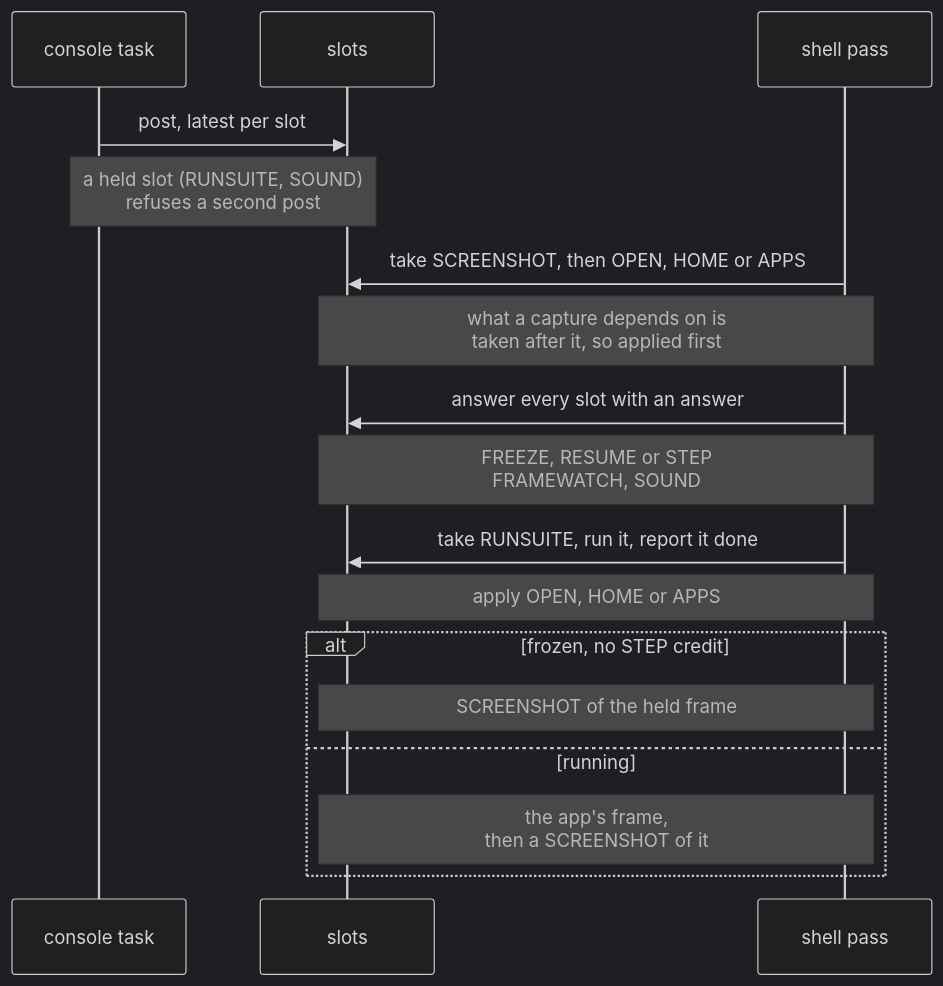
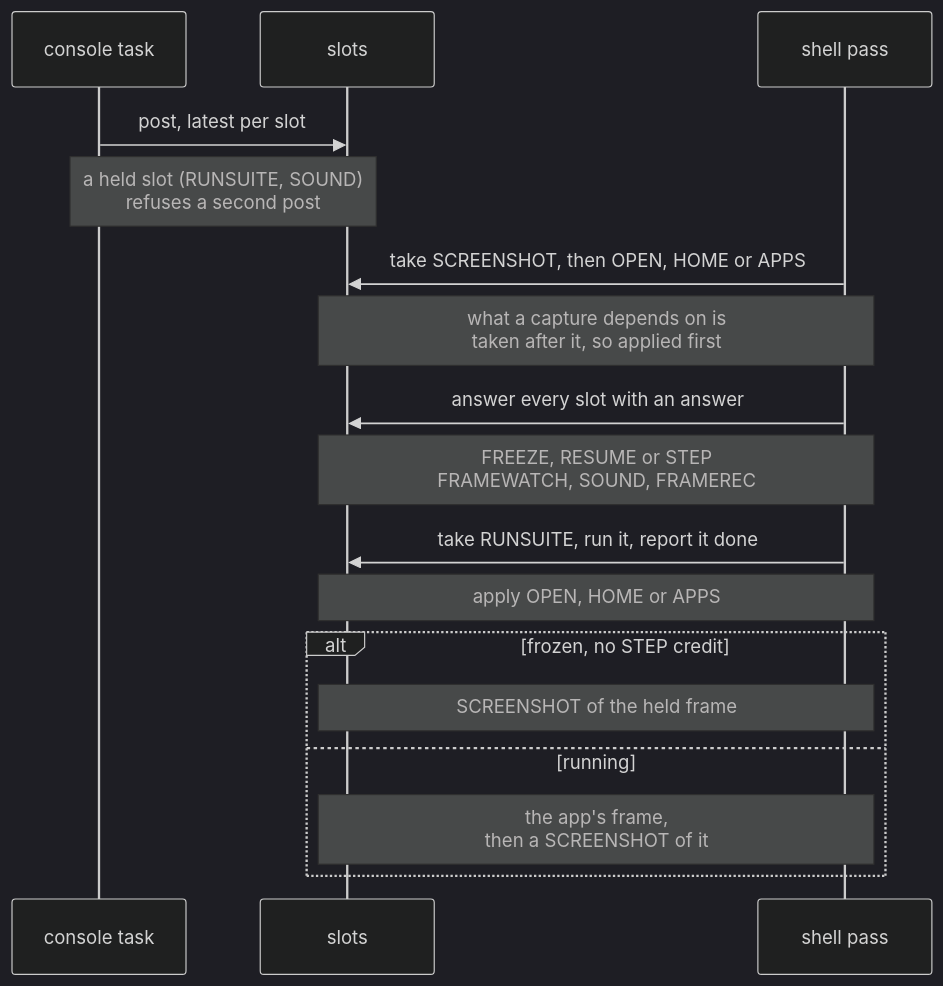
One commit to jose-villegas/autana changed the second of 2 diagrams in docs/firmware/Frame-Loop.md. Above: the diagram before and after it, drawn with Mermaid (dark theme). The commit also changed other lines of this file and 4 other files, not shown here.

````diff
--- a/docs/firmware/Frame-Loop.md
+++ b/docs/firmware/Frame-Loop.md
@@ -49,19 +49,19 @@
 ```mermaid
 sequenceDiagram
     participant Console as console task
     participant Slot as slots
     participant Shell as shell pass
     Console->>Slot: post, latest per slot
     Note over Console,Slot: a held slot (RUNSUITE, SOUND)<br/>refuses a second post
     Shell->>Slot: take SCREENSHOT, then OPEN, HOME or APPS
     Note over Slot,Shell: what a capture depends on is<br/>taken after it, so applied first
     Shell->>Slot: answer every slot with an answer
-    Note over Slot,Shell: FREEZE, RESUME or STEP<br/>FRAMEWATCH, SOUND
+    Note over Slot,Shell: FREEZE, RESUME or STEP<br/>FRAMEWATCH, SOUND, FRAMEREC
     Shell->>Slot: take RUNSUITE, run it, report it done
     Note over Slot,Shell: apply OPEN, HOME or APPS
     alt frozen, no STEP credit
         Note over Slot,Shell: SCREENSHOT of the held frame
     else running
         Note over Slot,Shell: the app's frame,<br/>then a SCREENSHOT of it
     end
 ```
````
